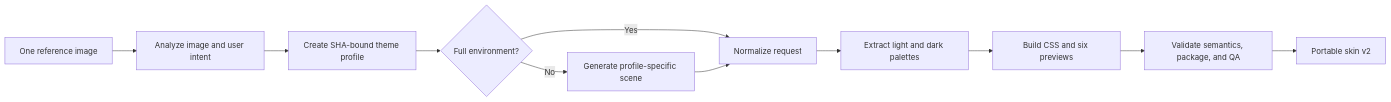
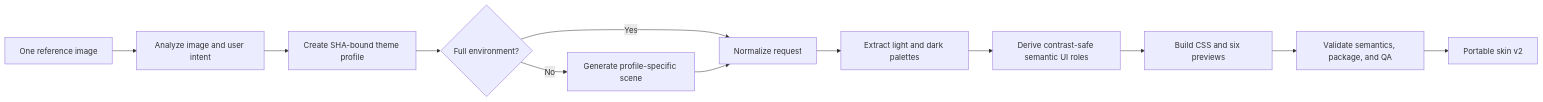
The diagram in docs/SKIN_STUDIO_MVP.md (chromapaw/codex-chromapaw), drawn with Mermaid before and after one commit. The commit also changed other lines of this file and 28 other files, not shown here.

````diff
--- a/docs/SKIN_STUDIO_MVP.md
+++ b/docs/SKIN_STUDIO_MVP.md
@@ -9,13 +9,14 @@
 ```mermaid
 flowchart LR
     A["One reference image"] --> B["Analyze image and user intent"]
     B --> C["Create SHA-bound theme profile"]
     C --> D{"Full environment?"}
     D -->|"Yes"| F["Normalize request"]
     D -->|"No"| E["Generate profile-specific scene"]
     E --> F
     F --> G["Extract light and dark palettes"]
-    G --> H["Build CSS and six previews"]
-    H --> I["Validate semantics, package, and QA"]
+    G --> H["Derive contrast-safe semantic UI roles"]
+    H --> K["Build CSS and six previews"]
+    K --> I["Validate semantics, package, and QA"]
     I --> J["Portable skin v2"]
 ```
````
